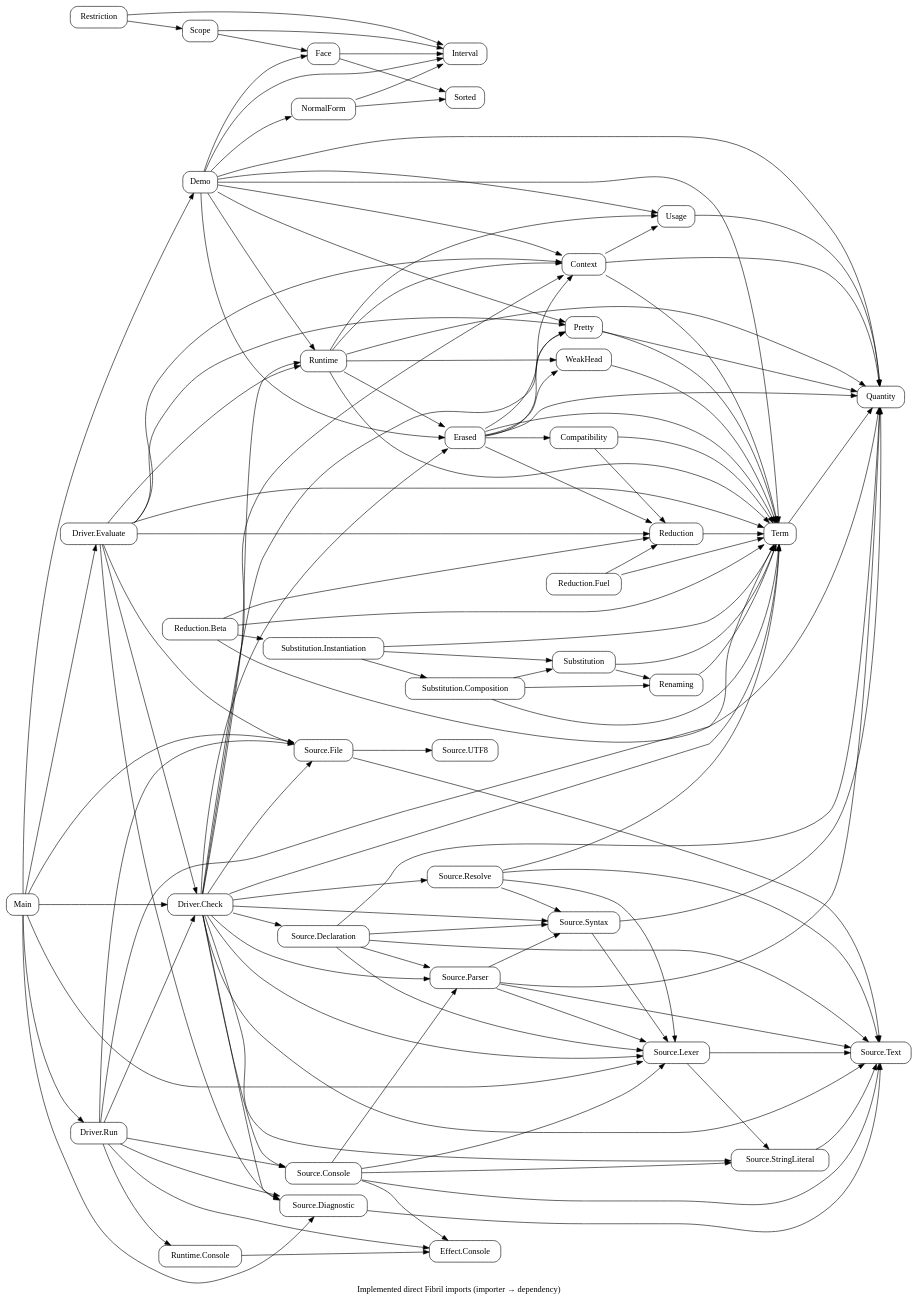
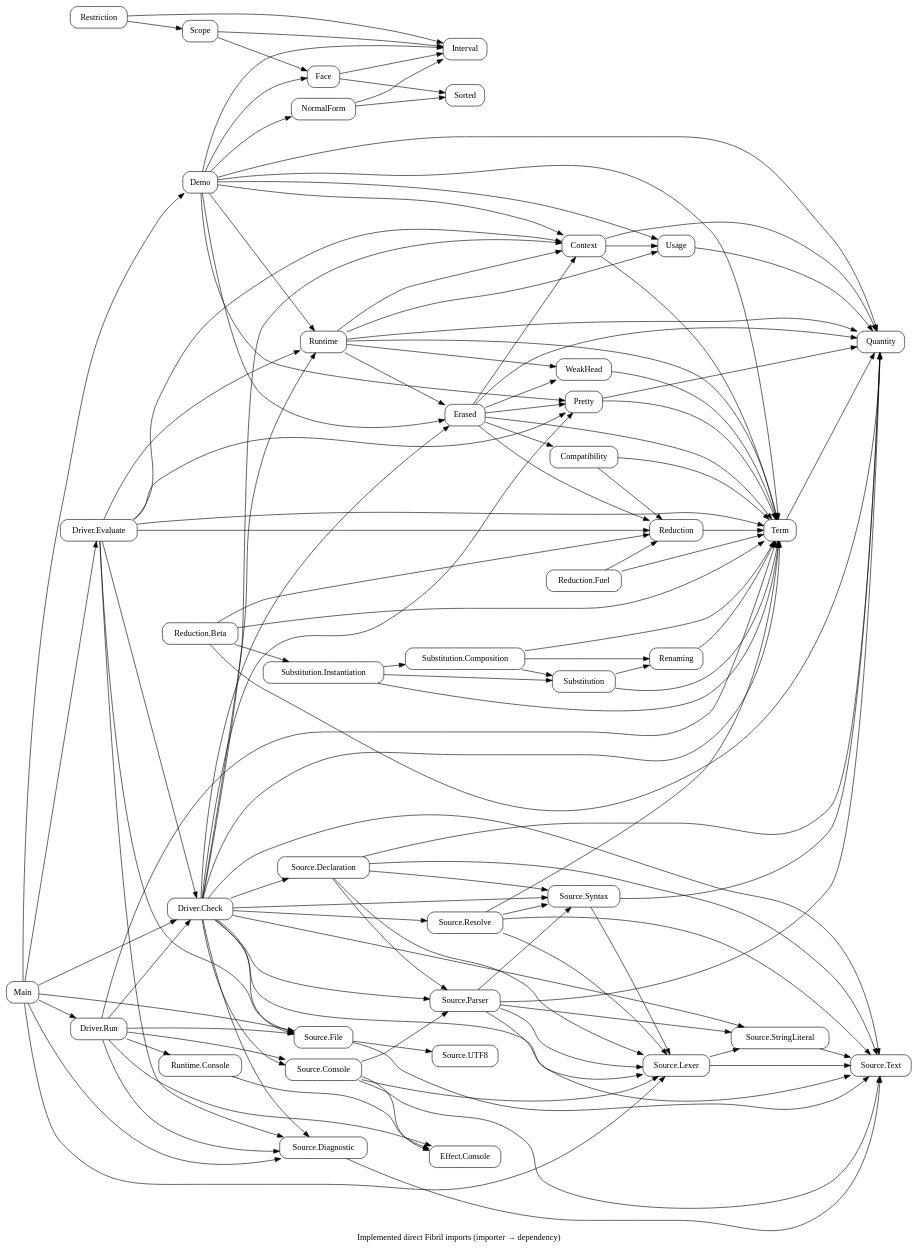
Before and after one commit to odunboye/fibril: the diagram in docs/diagrams/modules.dot, drawn with Graphviz. The commit also changed 49 other files, not shown here.

```diff
--- a/docs/diagrams/modules.dot
+++ b/docs/diagrams/modules.dot
@@ -1,36 +1,36 @@
 digraph Modules {
 rankdir=LR; node [shape=box,style=rounded];
 "Source.File" -> {"Source.UTF8" "Source.Text"};
 Main -> {"Source.File" "Source.Lexer" "Source.Diagnostic"};
 "Source.Diagnostic" -> "Source.Text";
 "Source.Declaration" -> {Quantity "Source.Text" "Source.Lexer" "Source.Syntax" "Source.Parser"};
 "Source.Lexer" -> {"Source.Text" "Source.StringLiteral"};
 "Source.StringLiteral" -> "Source.Text";
-"Source.Console" -> {"Effect.Console" "Source.Text" "Source.Lexer" "Source.StringLiteral" "Source.Parser"};
+"Source.Console" -> {"Effect.Console" "Source.Text" "Source.Lexer" "Source.Parser"};
 "Runtime.Console" -> "Effect.Console";
 "Driver.Run" -> {Term "Source.File" "Source.Console" "Source.Diagnostic" "Effect.Console" "Runtime.Console" "Driver.Check"};
 "Source.Syntax" -> {Quantity "Source.Lexer"};
-"Source.Parser" -> {Quantity "Source.Text" "Source.Lexer" "Source.Syntax"};
+"Source.Parser" -> {Quantity "Source.Text" "Source.Lexer" "Source.Syntax" "Source.StringLiteral"};
 "Source.Resolve" -> {Term "Source.Text" "Source.Lexer" "Source.Syntax"};
 "Driver.Check" -> {"Source.Text" "Source.Lexer" "Source.Syntax" "Source.Parser" "Source.Declaration" "Source.Console" "Source.StringLiteral" "Source.Resolve" "Source.File" "Source.Diagnostic" Term Context Pretty Erased Runtime};
 Main -> {"Driver.Check" "Driver.Evaluate" "Driver.Run"};
 "Driver.Evaluate" -> {Context Term Pretty Reduction Runtime "Source.File" "Source.Diagnostic" "Driver.Check"};
 Quantity; Interval; NormalForm; Face; Scope; Restriction; Term;
 NormalForm -> {Interval Sorted}; Face -> {Interval Sorted};
 Scope -> {Interval Face}; Restriction -> {Interval Scope};
 Demo -> {Quantity Term Context Usage Pretty Erased Runtime Interval NormalForm Face};
 Main -> Demo;
 Pretty -> {Quantity Term};
 Term -> Quantity; Usage -> Quantity; Context -> {Quantity Term Usage};
 Reduction -> Term; WeakHead -> Term;
 Compatibility -> {Term Reduction};
 Renaming -> Term;
 Substitution -> {Term Renaming};
 "Substitution.Composition" -> {Term Renaming Substitution};
 "Substitution.Instantiation" -> {Term Substitution "Substitution.Composition"};
 "Reduction.Beta" -> {Quantity Term Reduction "Substitution.Instantiation"};
 "Reduction.Fuel" -> {Term Reduction};
 Erased -> {Quantity Term Pretty Context Compatibility WeakHead Reduction};
 Runtime -> {Quantity Term Context Usage WeakHead Erased};
 label="Implemented direct Fibril imports (importer → dependency)";
 }
```
